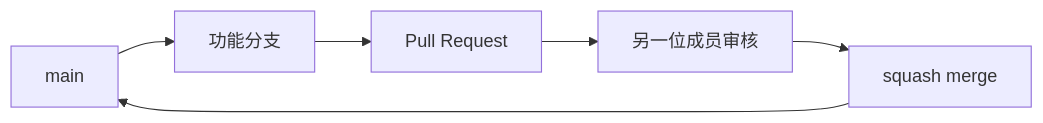
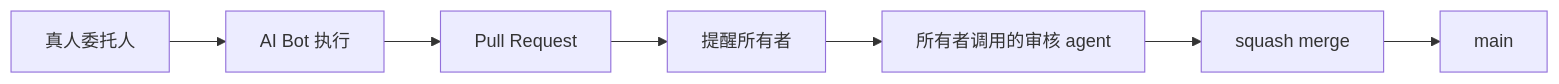
Before and after one commit to Yogdunana/AI-Q-A-Box: the diagram in docs/ai-guide.md, drawn with Mermaid. The commit also changed other lines of this file and 12 other files, not shown here.

````diff
--- a/docs/ai-guide.md
+++ b/docs/ai-guide.md
@@ -58,8 +68,9 @@
 ```mermaid
 flowchart LR
-  main[main] --> branch[功能分支]
-  branch --> pr[Pull Request]
-  pr --> review[另一位成员审核]
+  human[真人委托人] --> bot[AI Bot 执行]
+  bot --> pr[Pull Request]
+  pr --> remind[提醒所有者]
+  remind --> review[所有者调用的审核 agent]
   review --> squash[squash merge]
-  squash --> main
+  squash --> main[main]
 ```
````
